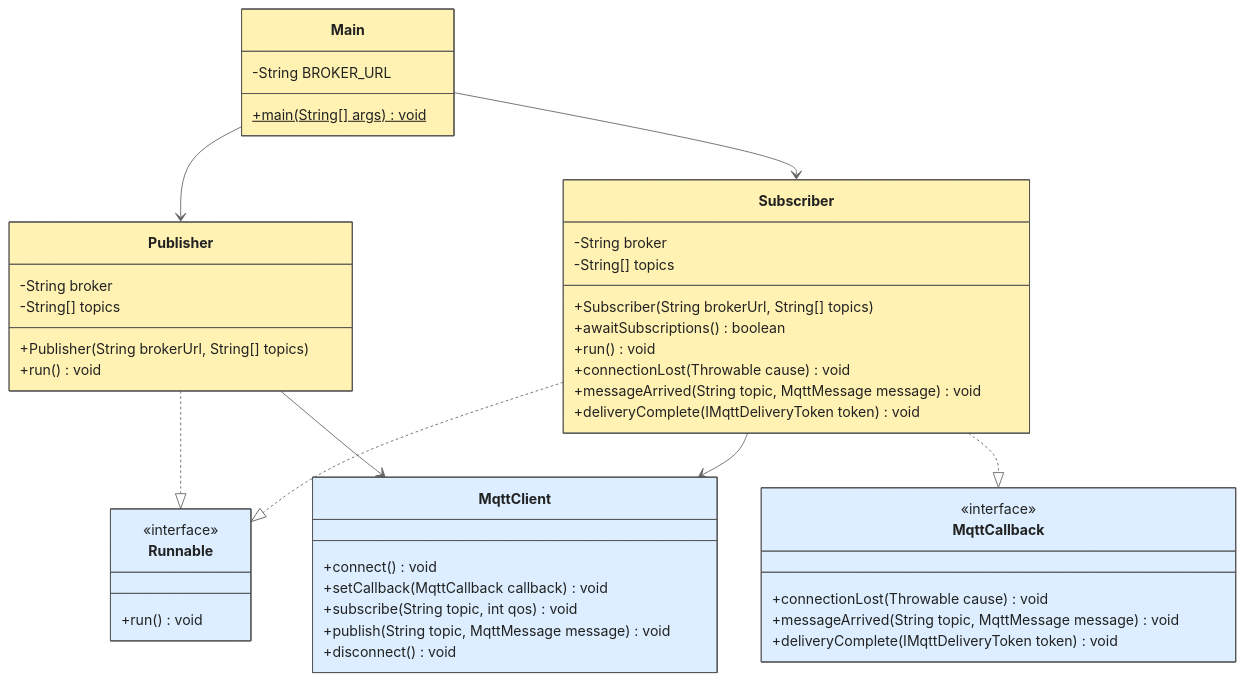
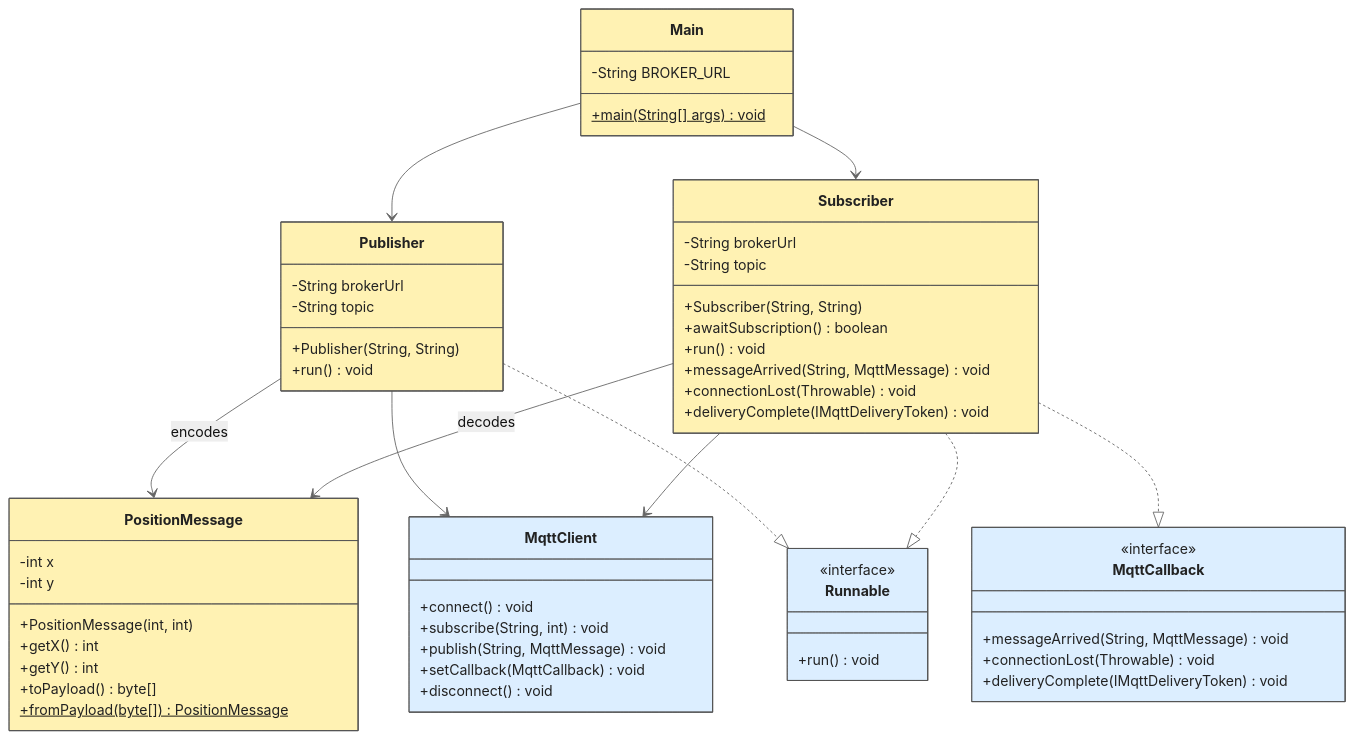
The diagram in DIAGRAM.md (csc-3100/cloud-mqtt-fundamentals), drawn with Mermaid (neutral theme) before and after one commit. The commit also changed other lines of this file, not shown here.

Commit message:
Refactor DIAGRAM.md for focused position-message demo

````diff
--- a/DIAGRAM.md
+++ b/DIAGRAM.md
@@ -2,78 +3,69 @@
 ```mermaid
----
-config:
-  class:
-    diagramPadding: 60
----
 classDiagram
     direction TB
 
     class Main {
         -String BROKER_URL
         +main(String[] args)$ void
     }
-
     class Publisher {
-        -String broker
-        -String[] topics
-        +Publisher(String brokerUrl, String[] topics)
+        -String brokerUrl
+        -String topic
+        +Publisher(String, String)
         +run() void
     }
-
     class Subscriber {
-        -String broker
-        -String[] topics
-        +Subscriber(String brokerUrl, String[] topics)
-        +awaitSubscriptions() boolean
+        -String brokerUrl
+        -String topic
+        +Subscriber(String, String)
+        +awaitSubscription() boolean
         +run() void
-        +connectionLost(Throwable cause) void
-        +messageArrived(String topic, MqttMessage message) void
-        +deliveryComplete(IMqttDeliveryToken token) void
+        +messageArrived(String, MqttMessage) void
+        +connectionLost(Throwable) void
+        +deliveryComplete(IMqttDeliveryToken) void
     }
-
+    class PositionMessage {
+        -int x
+        -int y
+        +PositionMessage(int, int)
+        +getX() int
+        +getY() int
+        +toPayload() byte[]
+        +fromPayload(byte[])$ PositionMessage
+    }
     class Runnable {
         <<interface>>
         +run() void
     }
-
     class MqttCallback {
         <<interface>>
-        +connectionLost(Throwable cause) void
-        +messageArrived(String topic, MqttMessage message) void
-        +deliveryComplete(IMqttDeliveryToken token) void
+        +messageArrived(String, MqttMessage) void
+        +connectionLost(Throwable) void
+        +deliveryComplete(IMqttDeliveryToken) void
     }
-
     class MqttClient {
         +connect() void
-        +setCallback(MqttCallback callback) void
-        +subscribe(String topic, int qos) void
-        +publish(String topic, MqttMessage message) void
+        +subscribe(String, int) void
+        +publish(String, MqttMessage) void
+        +setCallback(MqttCallback) void
         +disconnect() void
     }
 
-    %% Associations
     Main --> Publisher
     Main --> Subscriber
-
-    %% Runnable implemented by both classes
+    Publisher --> PositionMessage : encodes
+    Subscriber --> PositionMessage : decodes
+    Publisher --> MqttClient
+    Subscriber --> MqttClient
     Publisher ..|> Runnable
     Subscriber ..|> Runnable
-
-    %% MQTT dependencies
-    Publisher --> MqttClient
-    Subscriber --> MqttClient
-
-    %% MQTT callback interface
     Subscriber ..|> MqttCallback
-
-
-    %% CSC 3100 UML colors
 
     style Main fill:#FFF2B3,stroke:#555555,color:#222222
     style Publisher fill:#FFF2B3,stroke:#555555,color:#222222
     style Subscriber fill:#FFF2B3,stroke:#555555,color:#222222
-
+    style PositionMessage fill:#FFF2B3,stroke:#555555,color:#222222
     style Runnable fill:#DCEEFF,stroke:#555555,color:#222222
     style MqttCallback fill:#DCEEFF,stroke:#555555,color:#222222
     style MqttClient fill:#DCEEFF,stroke:#555555,color:#222222
 ```
````
